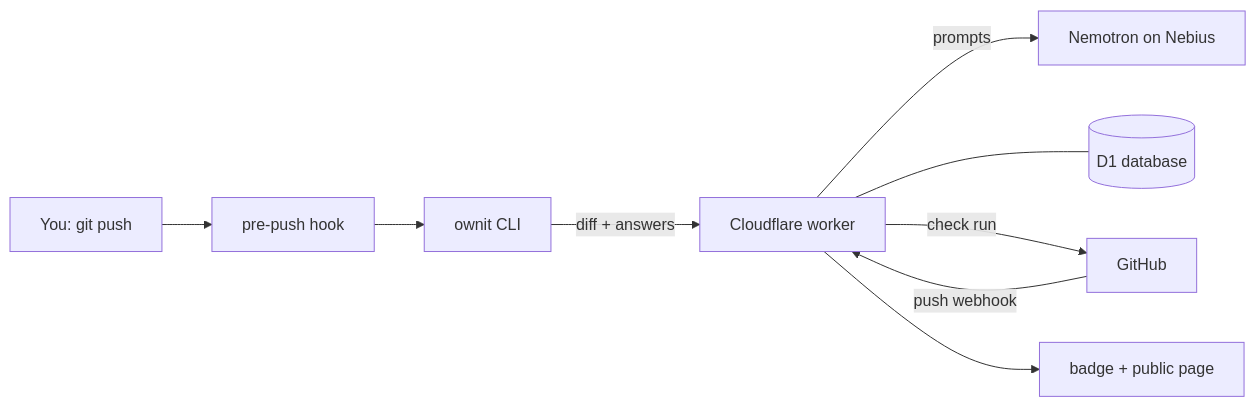
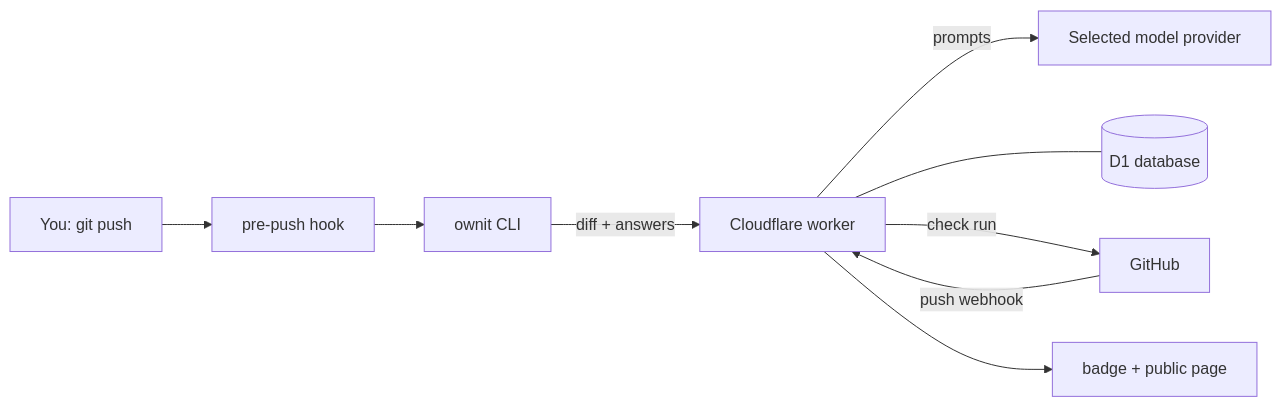
The diagram in docs/ARCHITECTURE.md (Yoosseph/ownit), drawn with Mermaid before and after one commit. The commit also changed other lines of this file and 19 other files, not shown here.

````diff
--- a/docs/ARCHITECTURE.md
+++ b/docs/ARCHITECTURE.md
@@ -6,11 +6,11 @@
 ```mermaid
 flowchart LR
   Dev[You: git push] --> Hook[pre-push hook]
   Hook --> CLI[ownit CLI]
   CLI -- diff + answers --> Worker[Cloudflare worker]
-  Worker -- prompts --> Model[Nemotron on Nebius]
+  Worker -- prompts --> Model[Selected model provider]
   Worker --- DB[(D1 database)]
   GitHub -- push webhook --> Worker
   Worker -- check run --> GitHub
   Worker --> Page[badge + public page]
 ```
````
